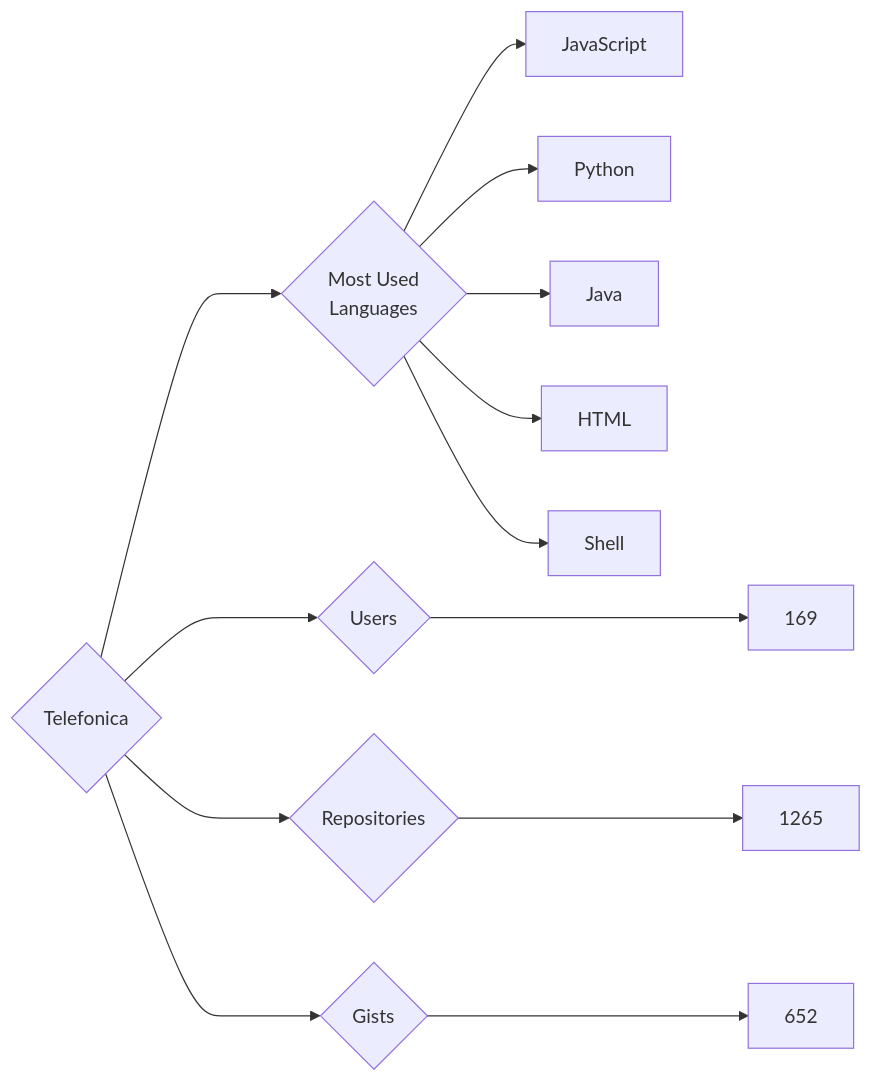
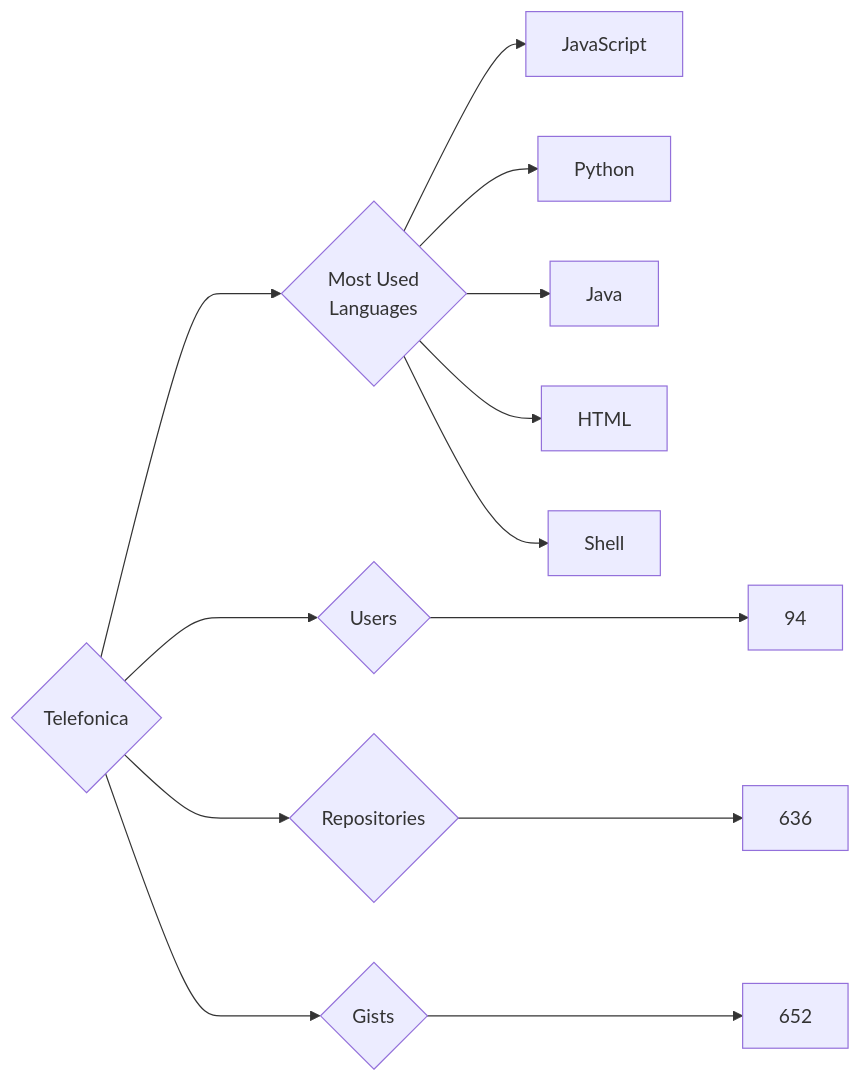
The diagram in targets/Telefonica/README.md (trickest/insiders), drawn with Mermaid before and after one commit. The commit also changed 725 other files, not shown here.

````diff
--- a/targets/Telefonica/README.md
+++ b/targets/Telefonica/README.md
@@ -3,13 +3,13 @@
 ```mermaid
 graph LR
 COMPANY_NAME{Telefonica}
-COMPANY_NAME ---> U{Users} ---> UN[169]
-COMPANY_NAME ---> R{Repositories} ---> RN[1265]
+COMPANY_NAME ---> U{Users} ---> UN[94]
+COMPANY_NAME ---> R{Repositories} ---> RN[636]
 COMPANY_NAME ---> G{Gists} ---> GN[652]
 COMPANY_NAME ---> ML{Most Used<br>Languages}
 ML --> JavaScript[JavaScript]
 ML --> Python[Python]
 ML --> Java[Java]
 ML --> HTML[HTML]
 ML --> Shell[Shell]
 ```
````
